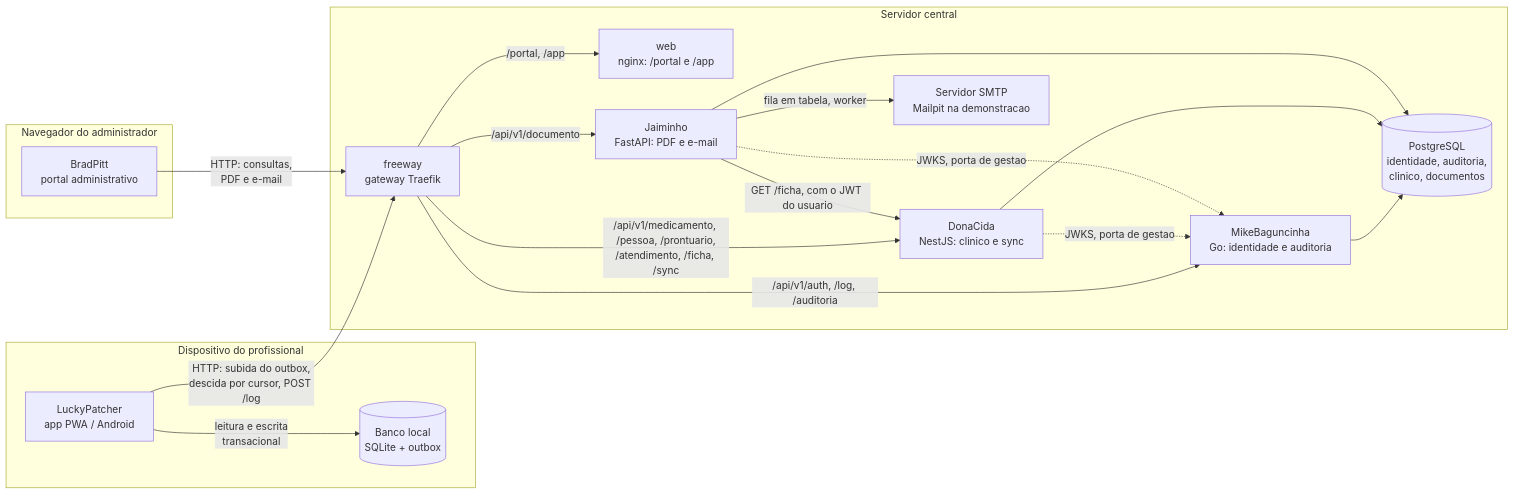
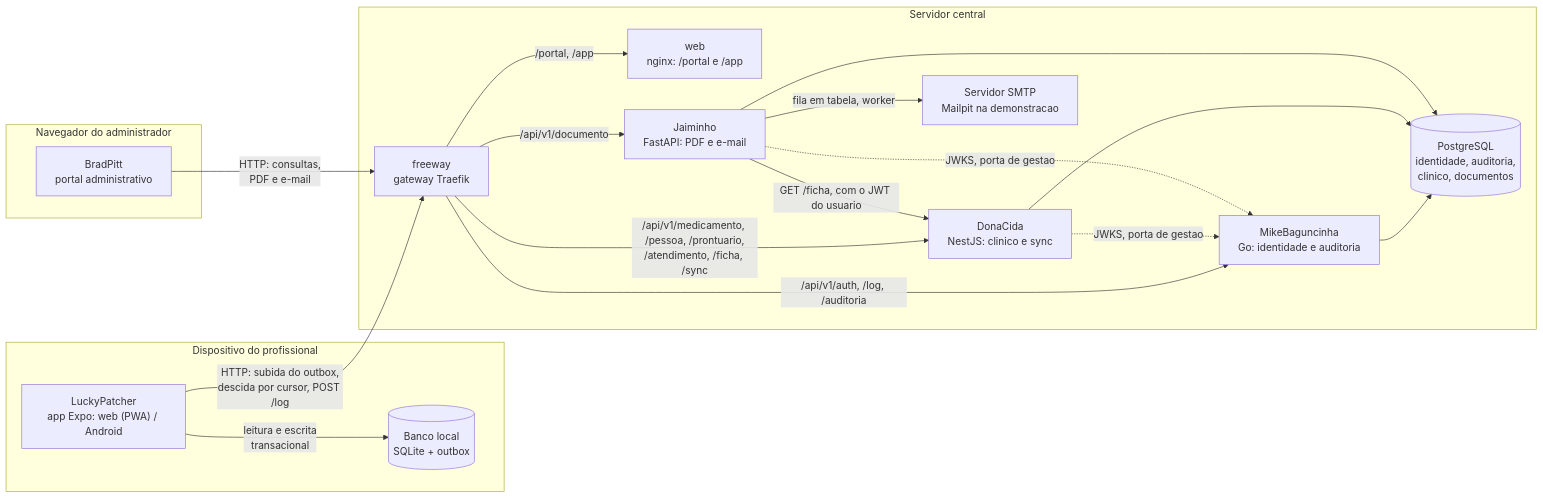
One commit to ArthurRostirolla/MedicalField changed the first of 2 diagrams in docs/arquitetura/arquitetura.md. Above: the diagram before and after it, drawn with Mermaid. The commit also changed other lines of this file and 59 other files, not shown here.

````diff
--- a/docs/arquitetura/arquitetura.md
+++ b/docs/arquitetura/arquitetura.md
@@ -28,39 +28,39 @@
 ```mermaid
 flowchart LR
   subgraph campo["Dispositivo do profissional"]
-    app["LuckyPatcher<br/>app PWA / Android"]
+    app["LuckyPatcher<br/>app Expo: web (PWA) / Android"]
     local[("Banco local<br/>SQLite + outbox")]
     app -- "leitura e escrita<br/>transacional" --> local
   end
 
   subgraph administracao["Navegador do administrador"]
     portal["BradPitt<br/>portal administrativo"]
   end
 
   subgraph servidor["Servidor central"]
     gateway["freeway<br/>gateway Traefik"]
     web["web<br/>nginx: /portal e /app"]
     mike["MikeBaguncinha<br/>Go: identidade e auditoria"]
     cida["DonaCida<br/>NestJS: clinico e sync"]
     jaiminho["Jaiminho<br/>FastAPI: PDF e e-mail"]
     pg[("PostgreSQL<br/>identidade, auditoria,<br/>clinico, documentos")]
     smtp["Servidor SMTP<br/>Mailpit na demonstracao"]
   end
 
   app -- "HTTP: subida do outbox,<br/>descida por cursor, POST /log" --> gateway
   portal -- "HTTP: consultas,<br/>PDF e e-mail" --> gateway
 
   gateway -- "/portal, /app" --> web
   gateway -- "/api/v1/auth, /log, /auditoria" --> mike
   gateway -- "/api/v1/medicamento, /pessoa, /prontuario,<br/>/atendimento, /ficha, /sync" --> cida
   gateway -- "/api/v1/documento" --> jaiminho
 
   cida -. "JWKS, porta de gestao" .-> mike
   jaiminho -. "JWKS, porta de gestao" .-> mike
   jaiminho -- "GET /ficha, com o JWT do usuario" --> cida
 
   mike --> pg
   cida --> pg
   jaiminho --> pg
   jaiminho -- "fila em tabela, worker" --> smtp
 ```
````
